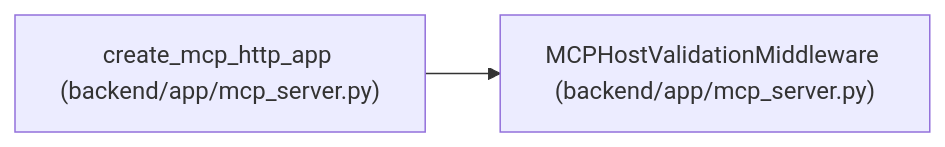
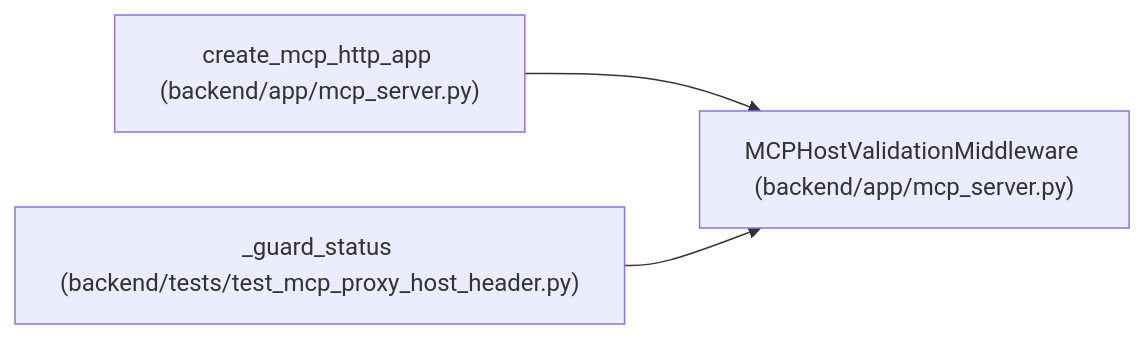
Before and after one commit to Denissvgn/WorkChord: the diagram in docs/llm_wiki/entities/MCPHostValidationMiddleware.md, drawn with Mermaid. The commit also changed other lines of this file and 551 other files, not shown here.

First line of the commit message:
Sync the architectural wiki for the MCP proxy host change

````diff
--- a/docs/llm_wiki/entities/MCPHostValidationMiddleware.md
+++ b/docs/llm_wiki/entities/MCPHostValidationMiddleware.md
@@ -26,8 +26,11 @@
 ```mermaid
 flowchart LR
     n0["MCPHostValidationMiddleware (backend/app/mcp_server.py)"]
     n1["create_mcp_http_app (backend/app/mcp_server.py)"]
+    n2["_guard_status (backend/tests/test_mcp_proxy_host_header.py)"]
     n1 --> n0
+    n2 --> n0
     click n0 "../modules/mcp_server.md"
     click n1 "../modules/mcp_server.md"
+    click n2 "../modules/test_mcp_proxy_host_header.md"
 ```
````
